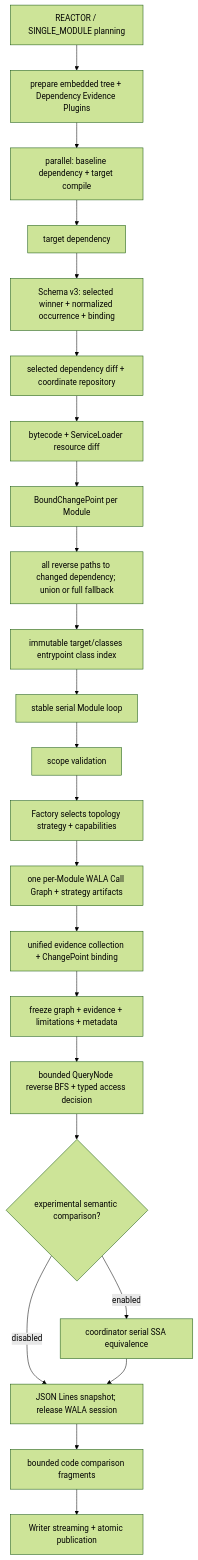
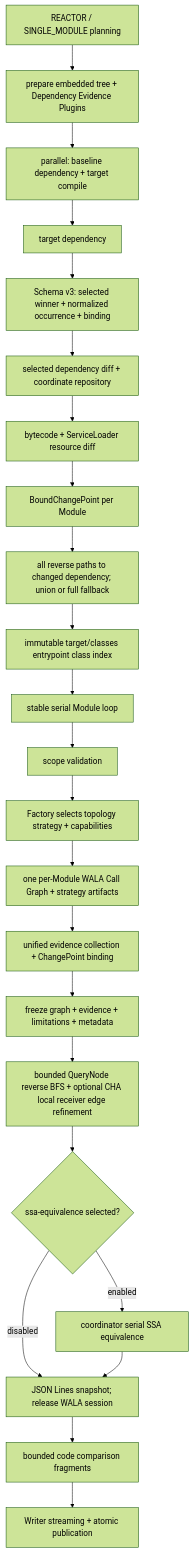
One commit to ymyii/change-impact-analyze changed the diagram in wiki/architecture/dependency-analysis-pipelines.md. Above: the diagram before and after it, drawn with Mermaid (forest theme). The commit also changed other lines of this file and 47 other files, not shown here.

First line of the commit message:
feat(impact)!: refine CHA receiver edges during queries

````diff
--- a/wiki/architecture/dependency-analysis-pipelines.md
+++ b/wiki/architecture/dependency-analysis-pipelines.md
@@ -68,25 +72,25 @@
 ```mermaid
 flowchart TD
   Scope["REACTOR / SINGLE_MODULE planning"] --> Plugin["prepare embedded tree + Dependency Evidence Plugins"]
   Plugin --> Front
   Front["parallel: baseline dependency + target compile"] --> TargetDep["target dependency"]
   TargetDep --> Evidence["Schema v3: selected winner + normalized occurrence + binding"]
   Evidence --> DepDiff["selected dependency diff + coordinate repository"]
   DepDiff --> JarDiff["bytecode + ServiceLoader resource diff"]
   JarDiff --> Bind["BoundChangePoint per Module"]
   Bind --> PathPlan["all reverse paths to changed dependency; union or full fallback"]
   PathPlan --> EntrySelection["immutable target/classes entrypoint class index"]
   EntrySelection --> ModuleSerial["stable serial Module loop"]
   ModuleSerial --> ScopeValidation["scope validation"]
   ScopeValidation --> Strategy["Factory selects topology strategy + capabilities"]
   Strategy --> CFA["one per-Module WALA Call Graph + strategy artifacts"]
   CFA --> Collector["unified evidence collection + ChangePoint binding"]
   Collector --> Session["freeze graph + evidence + limitations + metadata"]
-  Session --> Query["bounded QueryNode reverse BFS + typed access decision"]
-  Query --> Semantic{"experimental semantic comparison?"}
+  Session --> Query["bounded QueryNode reverse BFS + optional CHA local receiver edge refinement"]
+  Query --> Semantic{"ssa-equivalence selected?"}
   Semantic -->|enabled| SSA["coordinator serial SSA equivalence"]
   Semantic -->|disabled| Spill["JSON Lines snapshot; release WALA session"]
   SSA --> Spill
   Spill --> Decompile["bounded code comparison fragments"]
   Decompile --> Report["Writer streaming + atomic publication"]
 ```
````
